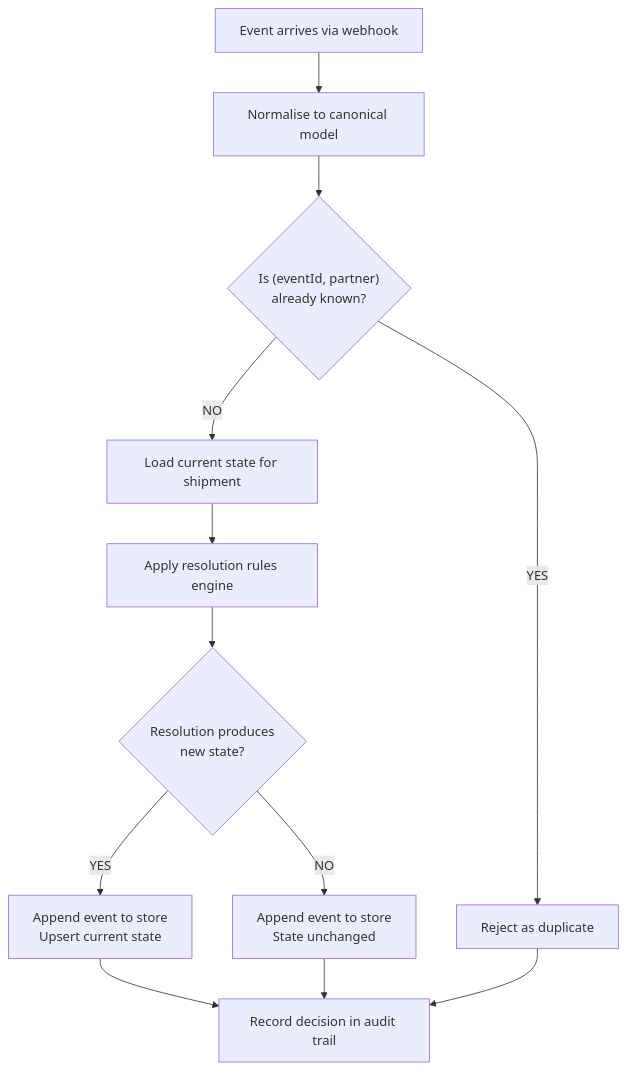
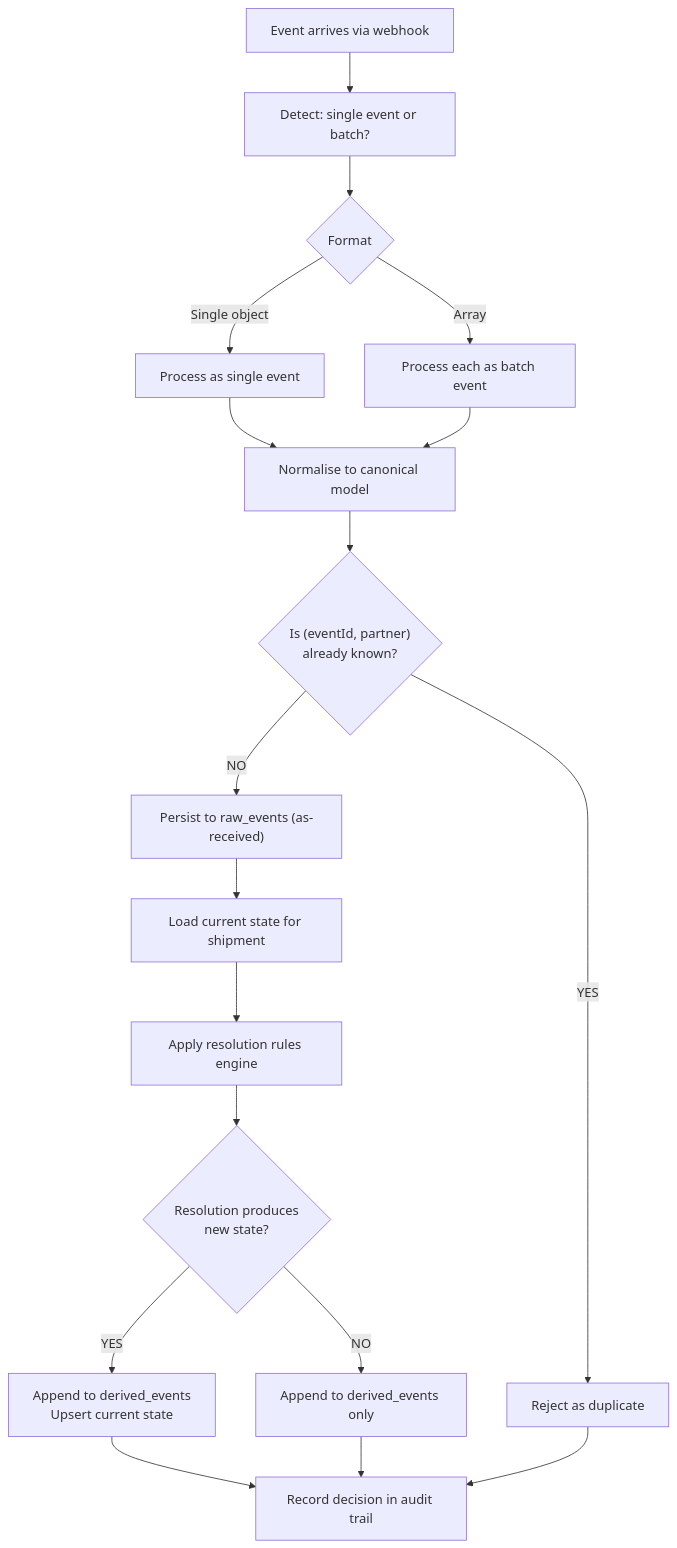
One commit to JanVDL1975/accso-tech-assessment changed the third of 3 diagrams in docs/TECHNICAL_STRATEGY_MEMO.md. Above: the diagram before and after it, drawn with Mermaid. The commit also changed other lines of this file and 4 other files, not shown here.

````diff
--- a/docs/TECHNICAL_STRATEGY_MEMO.md
+++ b/docs/TECHNICAL_STRATEGY_MEMO.md
@@ -77,14 +125,20 @@
 ```mermaid
 flowchart TD
-    A["Event arrives via webhook"] --> B["Normalise to canonical model"]
-    B --> C{"Is (eventId, partner)<br/>already known?"}
-    C -->|YES| D["Reject as duplicate"]
-    C -->|NO| E["Load current state for shipment"]
-    E --> F["Apply resolution rules engine"]
-    F --> G{"Resolution produces<br/>new state?"}
-    G -->|YES| H["Append event to store<br/>Upsert current state"]
-    G -->|NO| I["Append event to store<br/>State unchanged"]
-    H --> J["Record decision in audit trail"]
-    I --> J
-    D --> J
+    A["Event arrives via webhook"] --> B["Detect: single event or batch?"]
+    B --> C{"Format"}
+    C -->|Single object| D["Process as single event"]
+    C -->|Array| E["Process each as batch event"]
+    D --> F["Normalise to canonical model"]
+    E --> F
+    F --> G{"Is (eventId, partner)<br/>already known?"}
+    G -->|YES| H["Reject as duplicate"]
+    G -->|NO| I["Persist to raw_events (as-received)"]
+    I --> J["Load current state for shipment"]
+    J --> K["Apply resolution rules engine"]
+    K --> L{"Resolution produces<br/>new state?"}
+    L -->|YES| M["Append to derived_events<br/>Upsert current state"]
+    L -->|NO| N["Append to derived_events only"]
+    M --> O["Record decision in audit trail"]
+    N --> O
+    H --> O
 ```
````
